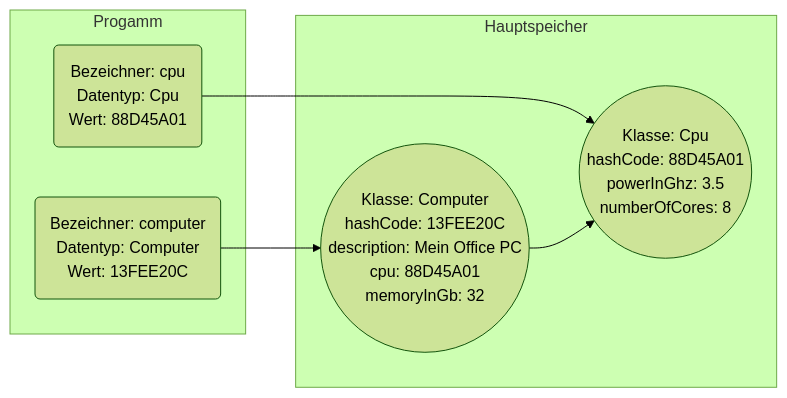
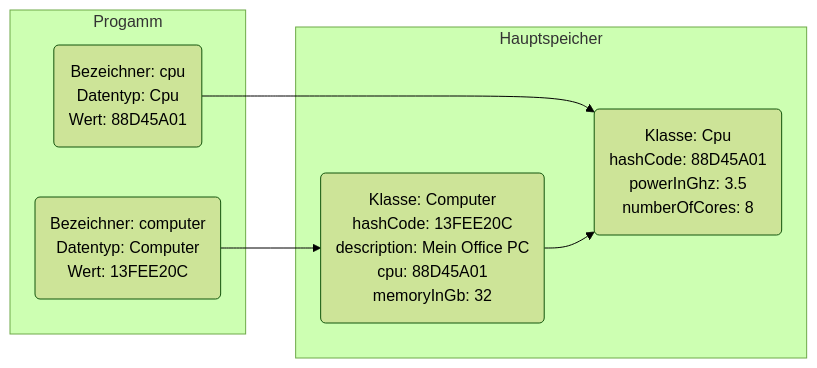
Before and after one commit to jappuccini/java-docs: the diagram in docs/documentation/references-and-objects.mdx, drawn with Mermaid (forest theme). The commit also changed 26 other files, not shown here.

Commit message:
Update Mermaid Format

````diff
--- a/docs/documentation/references-and-objects.mdx
+++ b/docs/documentation/references-and-objects.mdx
@@ -20,28 +20,25 @@
 ```mermaid
 flowchart LR
-    subgraph Progamm
-    computer(Bezeichner: computer
-             Datentyp: Computer
-             Wert: 13FEE20C)
-    cpu(Bezeichner: cpu
-        Datentyp: Cpu
-        Wert: 88D45A01)
-
-    end
-
-    subgraph Hauptspeicher
-    o1((Klasse: Computer
-       hashCode: 13FEE20C
-       description: Mein Office PC
-       cpu: 88D45A01
-       memoryInGb: 32))
-    o2((Klasse: Cpu
-       hashCode: 88D45A01
-       powerInGhz: 3.5
-       numberOfCores: 8))
-    end
-
-    computer --> o1
-    cpu --> o2
-    o1 --> o2
+   subgraph Progamm
+   computer(Bezeichner: computer
+            Datentyp: Computer
+            Wert: 13FEE20C)
+   cpu(Bezeichner: cpu
+       Datentyp: Cpu
+       Wert: 88D45A01)
+   end
+   subgraph Hauptspeicher
+   o1(Klasse: Computer
+      hashCode: 13FEE20C
+      description: Mein Office PC
+      cpu: 88D45A01
+      memoryInGb: 32)
+   o2(Klasse: Cpu
+      hashCode: 88D45A01
+      powerInGhz: 3.5
+      numberOfCores: 8)
+   end
+   computer --> o1
+   cpu --> o2
+   o1 --> o2
 ```
````
